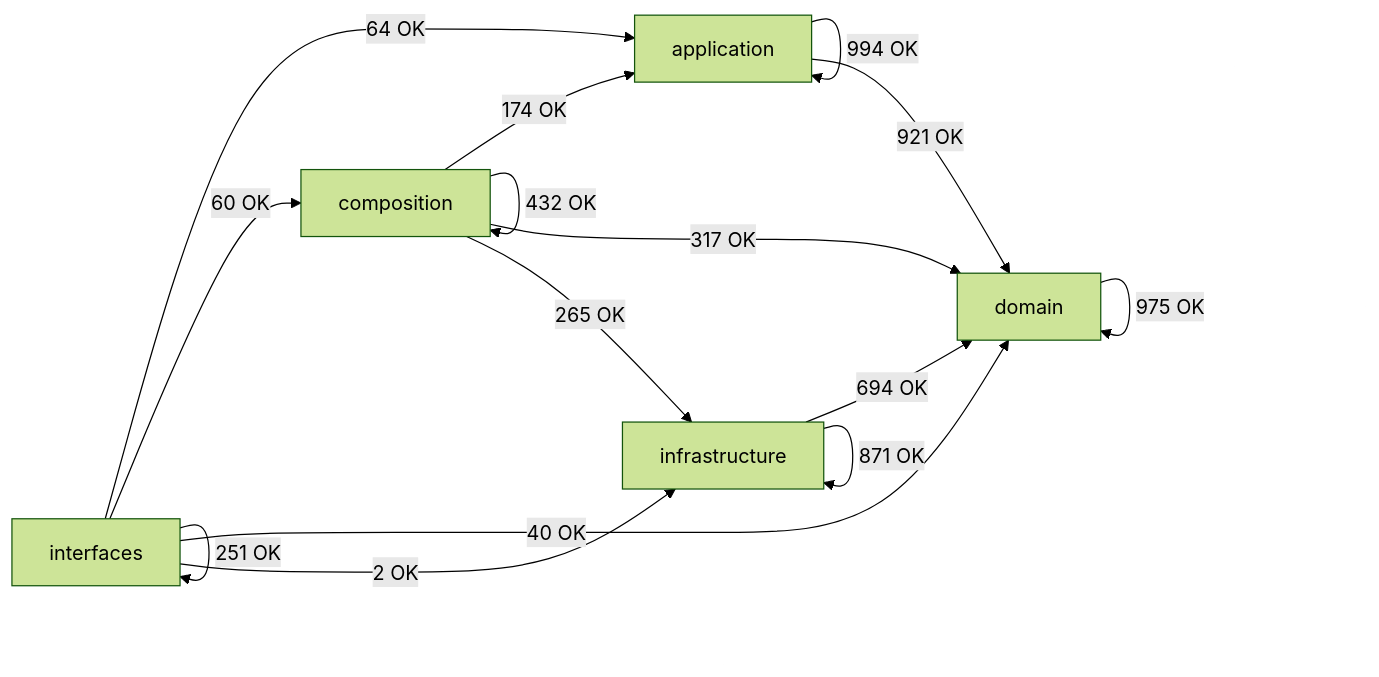
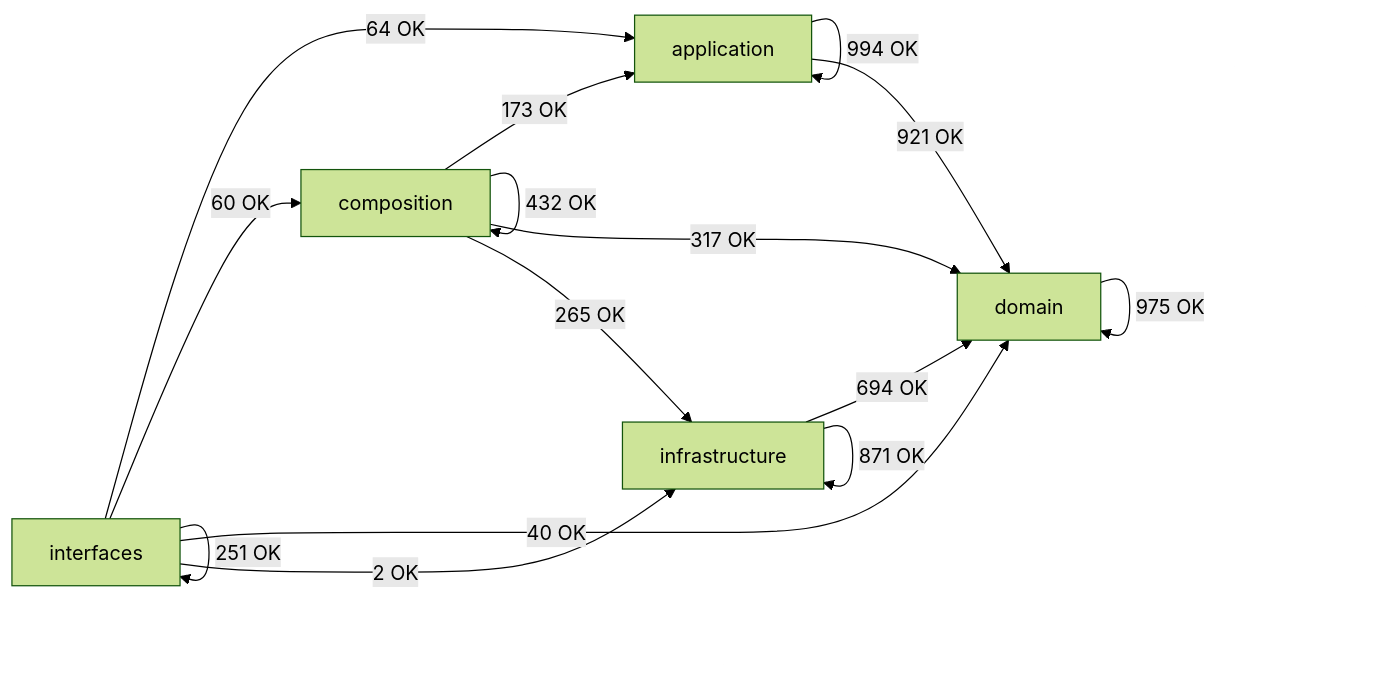
One commit to SatoryKono/BioactivityDataAcquisition changed the diagram in docs/02-architecture/generated/module-dependency-map.md. Above: the diagram before and after it, drawn with Mermaid (forest theme). The commit also changed other lines of this file and 35 other files, not shown here.

````diff
--- a/docs/02-architecture/generated/module-dependency-map.md
+++ b/docs/02-architecture/generated/module-dependency-map.md
@@ -17,22 +17,22 @@
 ```mermaid
 flowchart LR
     domain[domain]
     application[application]
     infrastructure[infrastructure]
     composition[composition]
     interfaces[interfaces]
     application -->|994 OK| application
     application -->|921 OK| domain
-    composition -->|174 OK| application
+    composition -->|173 OK| application
     composition -->|432 OK| composition
     composition -->|317 OK| domain
     composition -->|265 OK| infrastructure
     domain -->|975 OK| domain
     infrastructure -->|694 OK| domain
     infrastructure -->|871 OK| infrastructure
     interfaces -->|64 OK| application
     interfaces -->|60 OK| composition
     interfaces -->|40 OK| domain
     interfaces -->|2 OK| infrastructure
     interfaces -->|251 OK| interfaces
 ```
````
